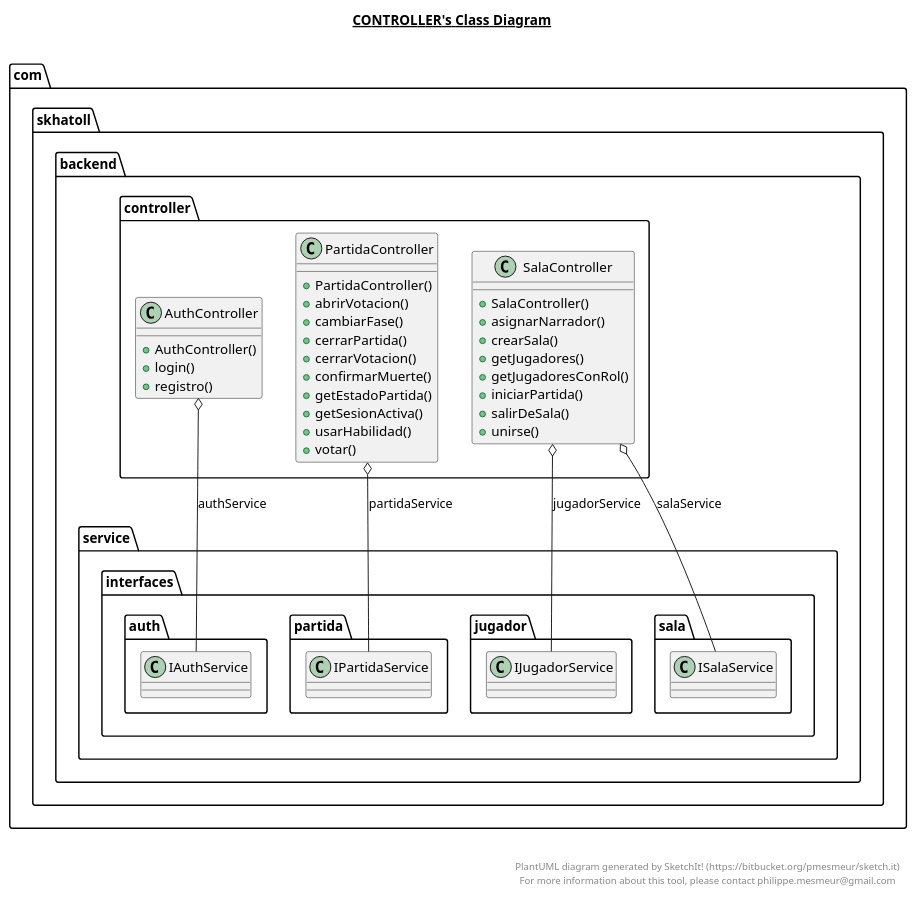
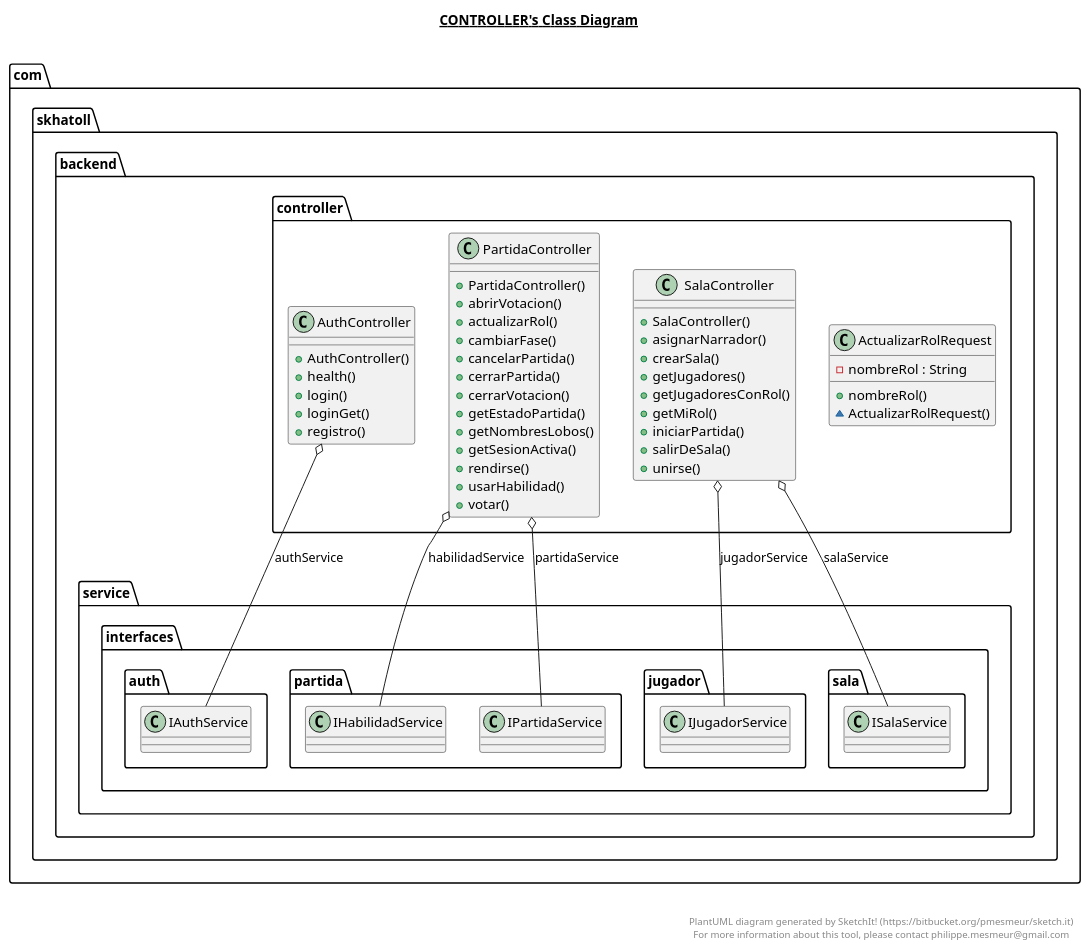
One commit to David-GutSal/Skhatoll changed the diagram in backend/src/main/java/com/skhatoll/backend/controller/controller.plantuml. Above: the diagram before and after it, drawn with PlantUML. The commit also changed 18 other files, not shown here.

```diff
--- a/backend/src/main/java/com/skhatoll/backend/controller/controller.plantuml
+++ b/backend/src/main/java/com/skhatoll/backend/controller/controller.plantuml
@@ -1,63 +1,81 @@
 @startuml
 
 title __CONTROLLER's Class Diagram__\n
 
   namespace com.skhatoll.backend {
     namespace controller {
+      class com.skhatoll.backend.controller.ActualizarRolRequest {
+          - nombreRol : String
+          + nombreRol()
+          ~ ActualizarRolRequest()
+      }
+    }
+  }
+  
+
+  namespace com.skhatoll.backend {
+    namespace controller {
       class com.skhatoll.backend.controller.AuthController {
           + AuthController()
+          + health()
           + login()
+          + loginGet()
           + registro()
       }
     }
   }
   
 
   namespace com.skhatoll.backend {
     namespace controller {
       class com.skhatoll.backend.controller.PartidaController {
           + PartidaController()
           + abrirVotacion()
+          + actualizarRol()
           + cambiarFase()
+          + cancelarPartida()
           + cerrarPartida()
           + cerrarVotacion()
-          + confirmarMuerte()
           + getEstadoPartida()
+          + getNombresLobos()
           + getSesionActiva()
+          + rendirse()
           + usarHabilidad()
           + votar()
       }
     }
   }
   
 
   namespace com.skhatoll.backend {
     namespace controller {
       class com.skhatoll.backend.controller.SalaController {
           + SalaController()
           + asignarNarrador()
           + crearSala()
           + getJugadores()
           + getJugadoresConRol()
+          + getMiRol()
           + iniciarPartida()
           + salirDeSala()
           + unirse()
       }
     }
   }
   
 
   com.skhatoll.backend.controller.AuthController o-- com.skhatoll.backend.service.interfaces.auth.IAuthService : authService
+  com.skhatoll.backend.controller.PartidaController o-- com.skhatoll.backend.service.interfaces.partida.IHabilidadService : habilidadService
   com.skhatoll.backend.controller.PartidaController o-- com.skhatoll.backend.service.interfaces.partida.IPartidaService : partidaService
   com.skhatoll.backend.controller.SalaController o-- com.skhatoll.backend.service.interfaces.jugador.IJugadorService : jugadorService
   com.skhatoll.backend.controller.SalaController o-- com.skhatoll.backend.service.interfaces.sala.ISalaService : salaService
 
 
 right footer
 
 
 PlantUML diagram generated by SketchIt! (https://bitbucket.org/pmesmeur/sketch.it)
 For more information about this tool, please contact philippe.mesmeur@gmail.com
 endfooter
 
 @enduml
```
